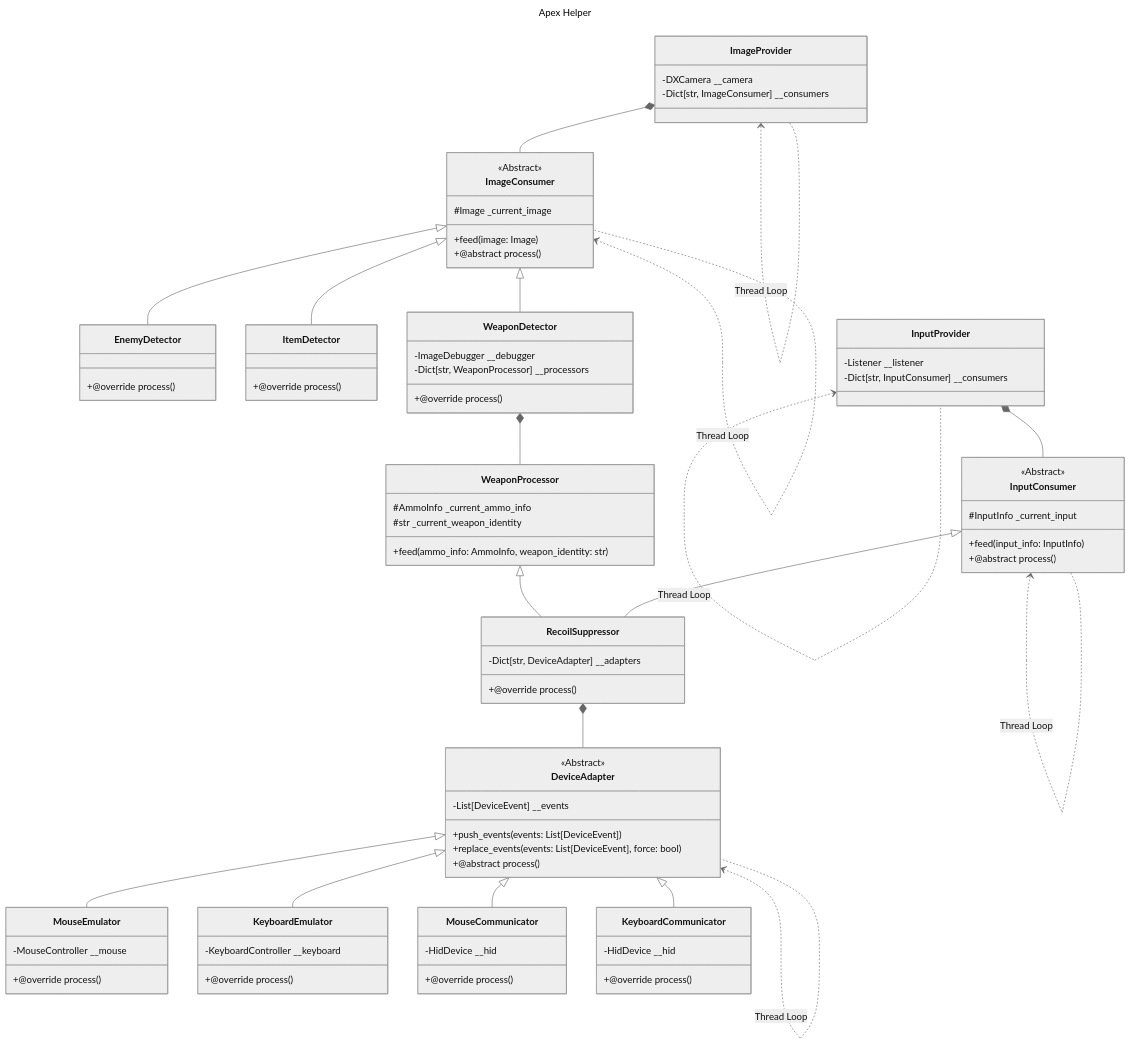
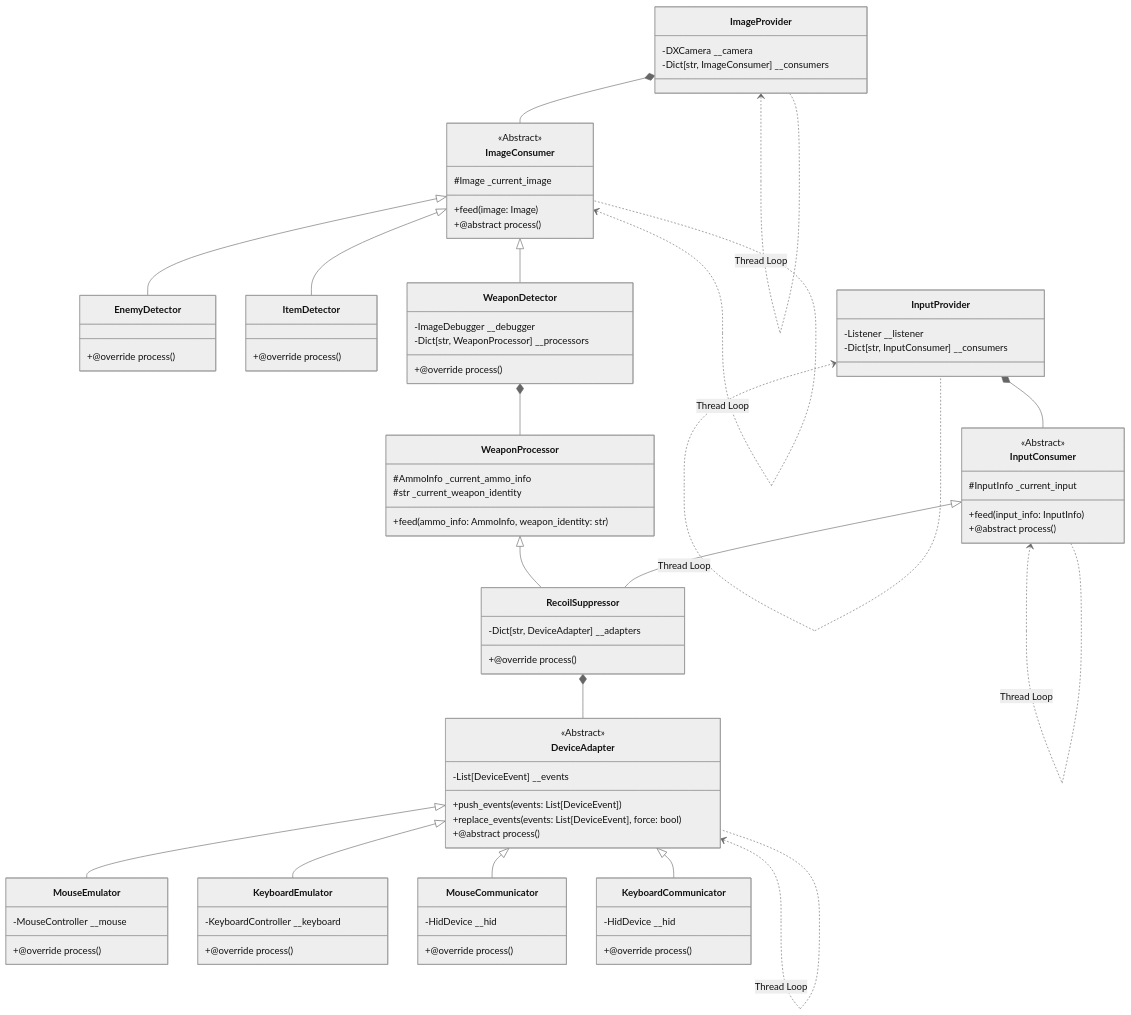
One commit to STEA-TEAM/apex_helper changed the diagram in wiki/SystemDesign.md. Above: the diagram before and after it, drawn with Mermaid (neutral theme).

Commit message:
- Update wiki

````diff
--- a/wiki/SystemDesign.md
+++ b/wiki/SystemDesign.md
@@ -3,7 +3,4 @@
 ```mermaid
----
-title: Apex Helper
----
 classDiagram
     direction TB
     class ImageProvider {
````
